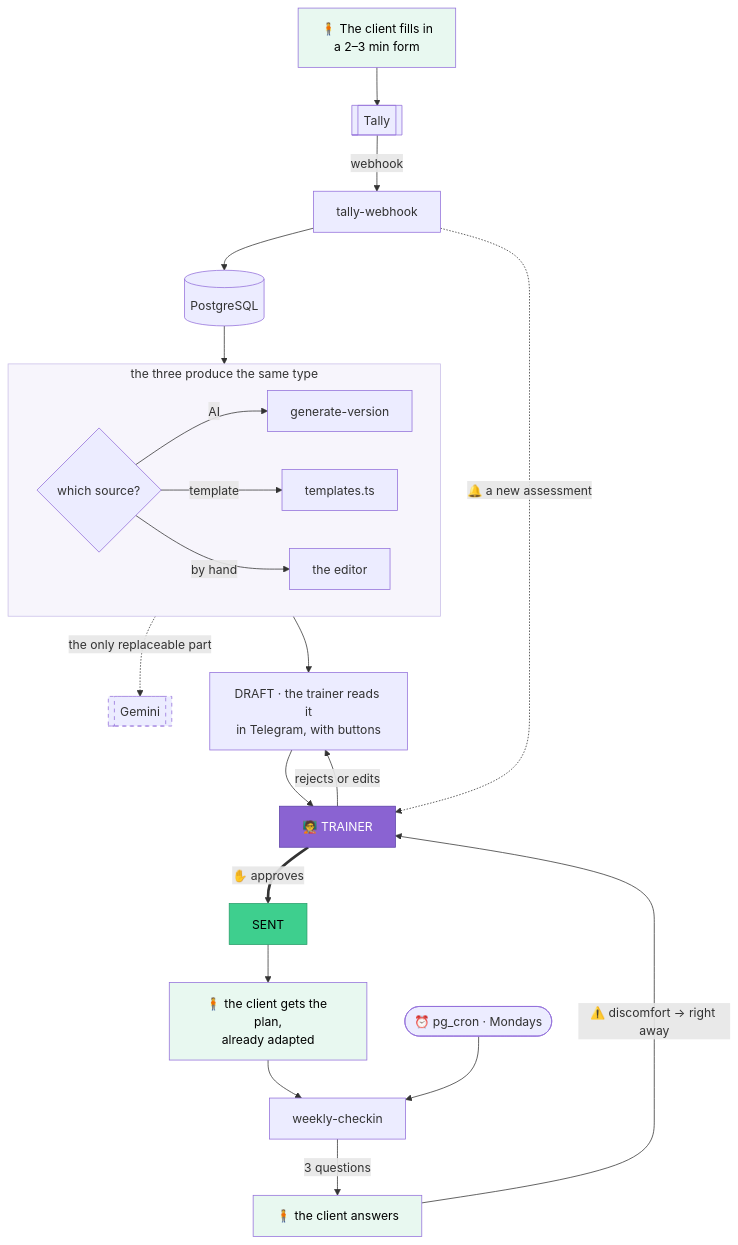
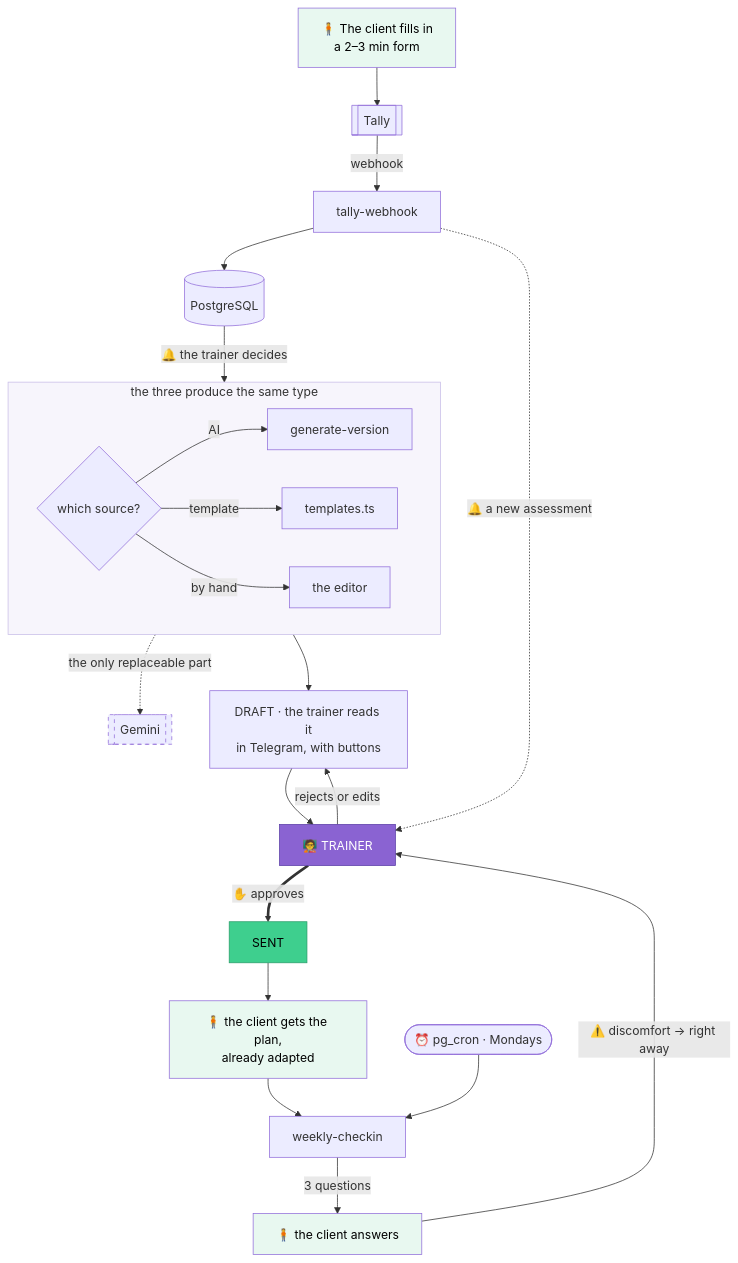
Before and after one commit to ana-izaguirre/trainer-flow: the first of 3 diagrams in README.md, drawn with Mermaid. The commit also changed 17 other files, not shown here.

````diff
--- a/README.md
+++ b/README.md
@@ -24,40 +24,40 @@
 ```mermaid
 flowchart TD
     Form["🧍 The client fills in<br/>a 2–3 min form"] --> Tally[["Tally"]]
     Tally -->|webhook| Ingest["tally-webhook"]
     Ingest --> DB[("PostgreSQL")]
     Ingest -.->|"🔔 a new assessment"| T1
 
-    DB --> Source{"which source?"}
+    DB -->|"🔔 the trainer decides"| Source{"which source?"}
 
     subgraph sources ["the three produce the same type"]
         direction LR
         Source -->|AI| Gen["generate-version"]
         Source -->|template| Tpl["templates.ts"]
         Source -->|by hand| Man["the editor"]
     end
 
     Gen -.->|"the only replaceable part"| Gemini[["Gemini"]]
 
     sources --> Draft["DRAFT · the trainer reads it<br/>in Telegram, with buttons"]
     Draft --> T1["🧑‍🏫 TRAINER"]
 
     T1 ==>|"✋ approves"| Sent["SENT"]
     T1 -->|"rejects or edits"| Draft
 
     Sent --> Deliver["🧍 the client gets the plan,<br/>already adapted"]
 
     Cron(["⏰ pg_cron · Mondays"]) --> Weekly["weekly-checkin"]
     Deliver --> Weekly
     Weekly -->|"3 questions"| Answer["🧍 the client answers"]
     Answer -->|"⚠️ discomfort → right away"| T1
 
     style T1 fill:#8A63D2,color:#fff,stroke:#5B3FA8
     style Sent fill:#3ECF8E,color:#000,stroke:#2A9E6B
     style Gemini stroke-dasharray: 5 5
     style Form fill:#E8F8F0,color:#000
     style Deliver fill:#E8F8F0,color:#000
     style Answer fill:#E8F8F0,color:#000
 
     style sources fill:#F7F5FC,stroke:#C9BEE8
 ```
````
